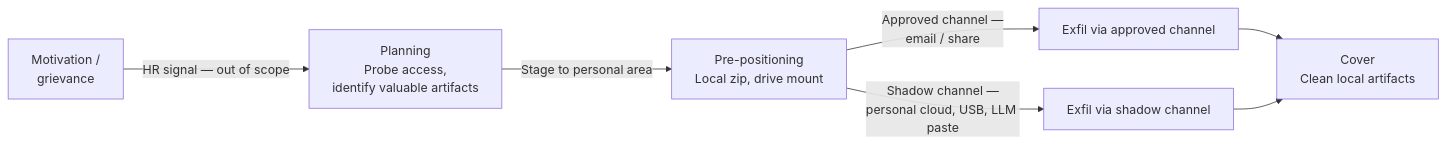
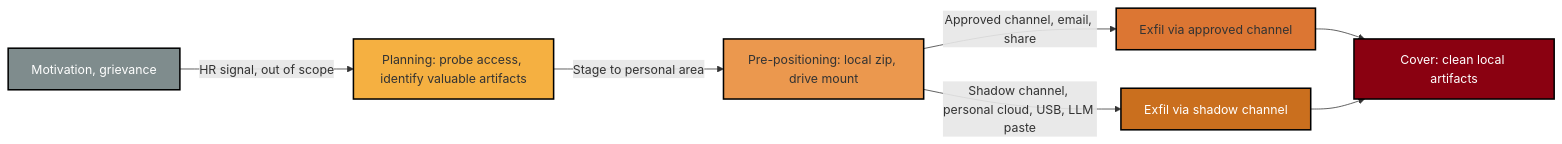
The diagram in Attack Scenario 4/README.md (DhillanC/Thread-Modeling-DCS-CareConnect), drawn with Mermaid before and after one commit. The commit also changed 10 other files, not shown here.

First line of the commit message:
fix: make all Mermaid diagrams compatible with GitHub/VSCode preview parser

````diff
--- a/Attack Scenario 4/README.md
+++ b/Attack Scenario 4/README.md
@@ -33,9 +33,16 @@
 ```mermaid
 flowchart LR
-    A[Motivation /<br/>grievance] -->|HR signal — out of scope| B[Planning<br/>Probe access,<br/>identify valuable artifacts]
-    B -->|Stage to personal area| C[Pre-positioning<br/>Local zip, drive mount]
-    C -->|Approved channel —<br/>email / share| D1[Exfil via approved channel]
-    C -->|Shadow channel —<br/>personal cloud, USB, LLM paste| D2[Exfil via shadow channel]
-    D1 --> E[Cover<br/>Clean local artifacts]
-    D2 --> E
+    style Motivation fill:#7f8c8d,stroke:#000,stroke-width:2px,color:#fff
+    style Planning fill:#F5B041,stroke:#000,stroke-width:2px
+    style PrePositioning fill:#EB984E,stroke:#000,stroke-width:2px
+    style ApprovedExfil fill:#DC7633,stroke:#000,stroke-width:2px
+    style ShadowExfil fill:#CA6F1E,stroke:#000,stroke-width:2px,color:#fff
+    style Cover fill:#8a0111,stroke:#000,stroke-width:2px,color:#fff
+
+    Motivation[Motivation, grievance] -->|HR signal, out of scope| Planning[Planning: probe access, identify valuable artifacts]
+    Planning -->|Stage to personal area| PrePositioning[Pre-positioning: local zip, drive mount]
+    PrePositioning -->|Approved channel, email, share| ApprovedExfil[Exfil via approved channel]
+    PrePositioning -->|Shadow channel, personal cloud, USB, LLM paste| ShadowExfil[Exfil via shadow channel]
+    ApprovedExfil --> Cover[Cover: clean local artifacts]
+    ShadowExfil --> Cover
 ```
````
